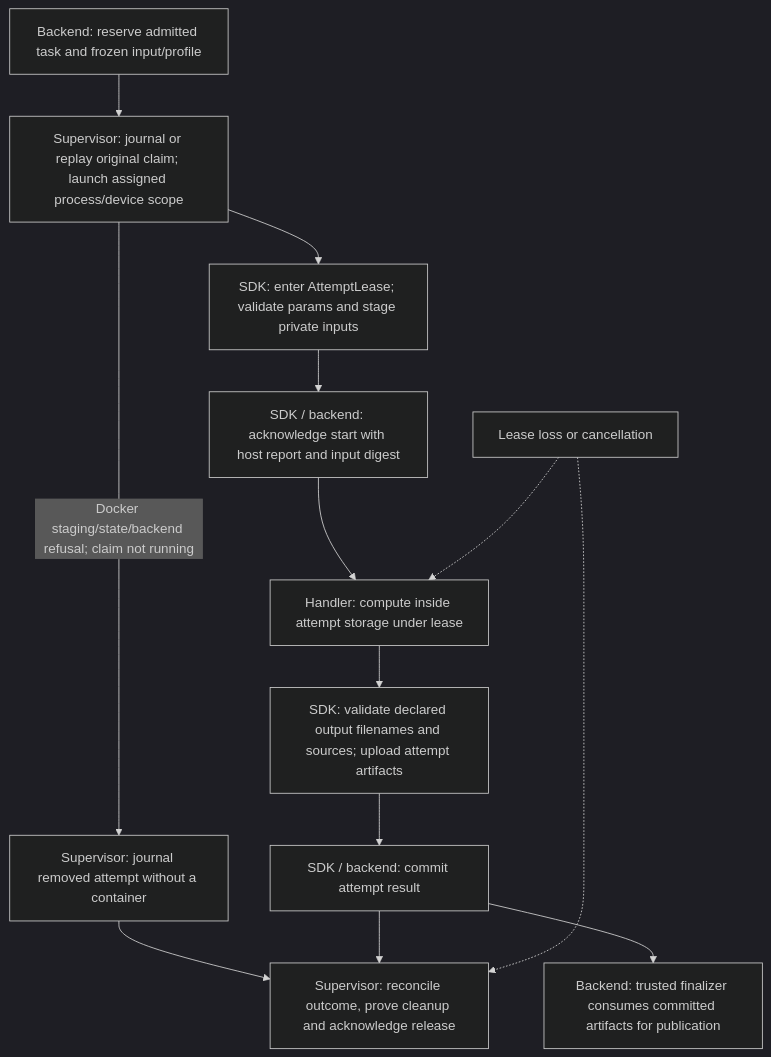
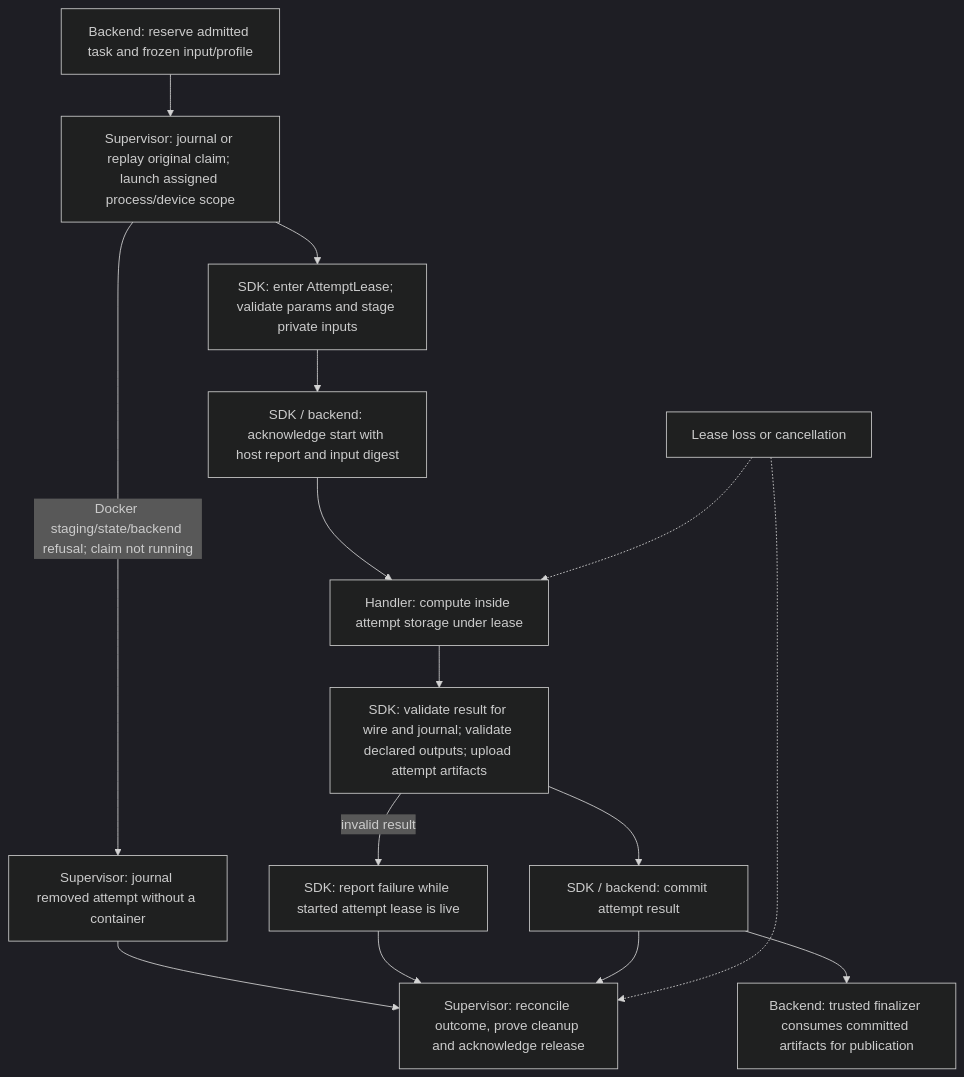
Before and after one commit to SyngularXR/task-worker-api: the second of 2 diagrams in docs/fleet/workflow-standard.md, drawn with Mermaid (dark theme). The commit also changed other lines of this file and 2 other files, not shown here.

````diff
--- a/docs/fleet/workflow-standard.md
+++ b/docs/fleet/workflow-standard.md
@@ -101,15 +101,17 @@
 ```mermaid
 flowchart TD
     backend["Backend: reserve admitted task and frozen input/profile"] --> supervisor["Supervisor: journal or replay original claim; launch assigned process/device scope"]
     supervisor --> stage["SDK: enter AttemptLease; validate params and stage private inputs"]
     supervisor -->|Docker staging/state/backend refusal; claim not running| refused["Supervisor: journal removed attempt without a container"]
     refused --> reconcile
     stage --> start["SDK / backend: acknowledge start with host report and input digest"]
     start --> handler["Handler: compute inside attempt storage under lease"]
-    handler --> outputs["SDK: validate declared output filenames and sources; upload attempt artifacts"]
+    handler --> outputs["SDK: validate result for wire and journal; validate declared outputs; upload attempt artifacts"]
     outputs --> commit["SDK / backend: commit attempt result"]
+    outputs -->|invalid result| failure["SDK: report failure while started attempt lease is live"]
+    failure --> reconcile
     commit --> reconcile["Supervisor: reconcile outcome, prove cleanup and acknowledge release"]
     commit --> finalizer["Backend: trusted finalizer consumes committed artifacts for publication"]
     cancel["Lease loss or cancellation"] -.-> handler
     cancel -.-> reconcile
 ```
````
